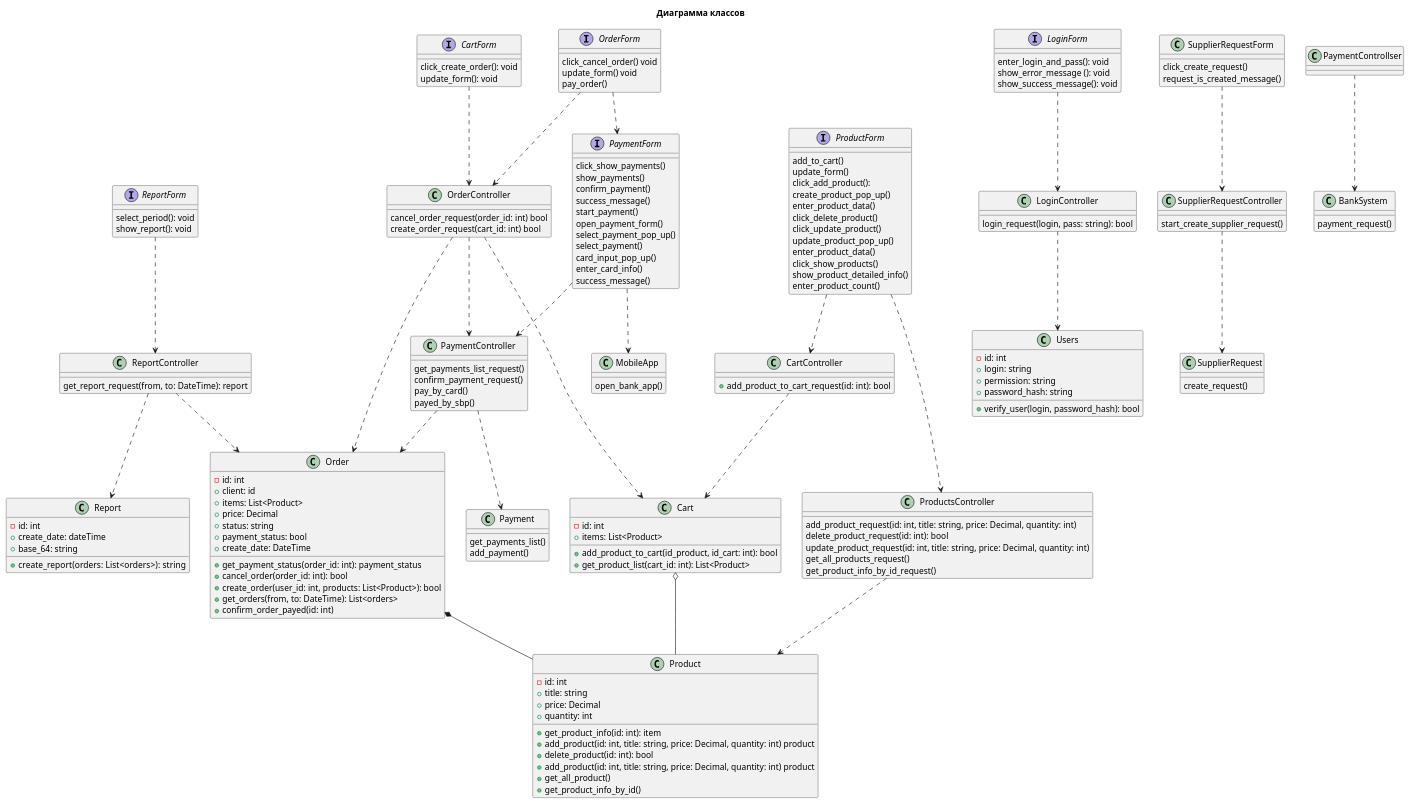
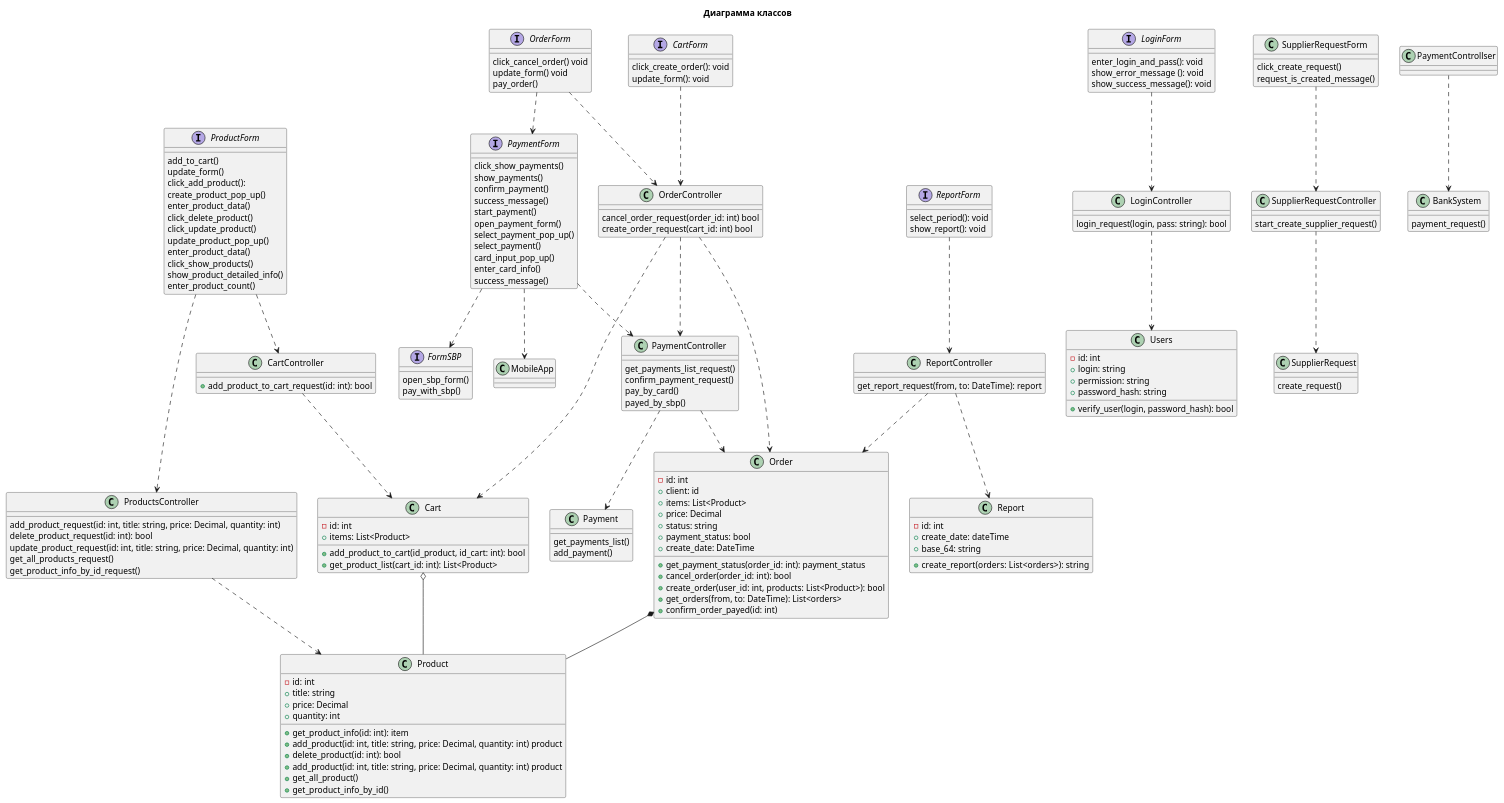
One commit to UraharaKiska/umlk_diagram changed the diagram in laba_1-4/new_calss.puml. Above: the diagram before and after it, drawn with PlantUML. The commit also changed 1 other file, not shown here.

```diff
--- a/laba_1-4/new_calss.puml
+++ b/laba_1-4/new_calss.puml
@@ -1,200 +1,200 @@
 @startuml
 title Диаграмма классов 
 
 
 interface ProductForm{
     add_to_cart()
     update_form()
     click_add_product():
     create_product_pop_up()
     enter_product_data()
     click_delete_product()
     click_update_product()
     update_product_pop_up()
     enter_product_data()
     сlick_show_products()
     show_product_detailed_info()
     enter_product_count()
 }
 
 interface OrderForm {
    click_cancel_order() void
    update_form() void
    pay_order()
 }
 
 interface CartForm {
     click_create_order(): void
     update_form(): void
 }
 
 interface ReportForm {
     select_period(): void
     show_report(): void
 }
 
 interface LoginForm {
     enter_login_and_pass(): void
     show_error_message (): void
     show_success_message(): void
 }
 
 interface PaymentForm {
     click_show_payments()
     show_payments()
     confirm_payment()
     success_message()
     start_payment()
     open_payment_form()
     select_payment_pop_up()
     select_payment()
     card_input_pop_up()
     enter_card_info()
     success_message()
+}
+
+interface FormSBP {
+    open_sbp_form()
+    pay_with_sbp()
 }
 
 class SupplierRequestForm {
     click_create_request()
     request_is_created_message()
 
 }
 
 
 class CartController {
     + add_product_to_cart_request(id: int): bool
 }
 
 class OrderController {
     cancel_order_request(order_id: int) bool
     create_order_request(cart_id: int) bool
 }
 
 class ProductsController {
     add_product_request(id: int, title: string, price: Decimal, quantity: int)
     delete_product_request(id: int): bool
     update_product_request(id: int, title: string, price: Decimal, quantity: int)
     get_all_products_request()
     get_product_info_by_id_request()
 }
 
 class ReportController {
     get_report_request(from, to: DateTime): report
 }
 
 class LoginController {
     login_request(login, pass: string): bool
 }
 
 class PaymentController {
     get_payments_list_request()
     confirm_payment_request()
     pay_by_card()
     payed_by_sbp()
 }
 
 class SupplierRequestController {
     start_create_supplier_request()
 }
 
 class Product {
     - id: int
     + title: string
     + price: Decimal
     + quantity: int
     + get_product_info(id: int): item
     + add_product(id: int, title: string, price: Decimal, quantity: int) product
     + delete_product(id: int): bool
     + add_product(id: int, title: string, price: Decimal, quantity: int) product
     + get_all_product()
     + get_product_info_by_id()
 
 }
 
 class Cart {
     - id: int
     + items: List<Product>
     + add_product_to_cart(id_product, id_cart: int): bool
     + get_product_list(cart_id: int): List<Product>
 }
 
 class Order {
     - id: int
     + client: id
     + items: List<Product>
     + price: Decimal
     + status: string
     + payment_status: bool
     + create_date: DateTime
     + get_payment_status(order_id: int): payment_status
     + cancel_order(order_id: int): bool
     + create_order(user_id: int, products: List<Product>): bool
     + get_orders(from, to: DateTime): List<orders>
     + confirm_order_payed(id: int)
 }
 
 class Report {
     - id: int
     + create_date: dateTime
     + base_64: string
     + create_report(orders:  List<orders>): string
 }
 
 class Users {
     - id: int
     + login: string
     + permission: string
     + password_hash: string
     + verify_user(login, password_hash): bool
 }
 
 class Payment {
     get_payments_list()
     add_payment()
 }
 
 class SupplierRequest {
     create_request()
 }
 
 
 class BankSystem {
     payment_request()
 }
 
-class MobileApp {
-    open_bank_app()
-}
-
-
-
 
 ProductsController ..> Product
 LoginController ..> Users
 
 
 Cart o-- Product
 Order *-- Product
 
 ProductForm..> ProductsController 
 ReportForm ..> ReportController 
 ReportController ..> Order
 ReportController ..> Report
 OrderController ..> PaymentController
 LoginForm ..> LoginController
 ProductForm..> CartController
 CartController ..> Cart
 OrderForm ..> OrderController
 OrderController ..> Order
 CartForm ..> OrderController
 OrderController ..> Cart
 OrderForm ..> PaymentForm
 PaymentForm ..> PaymentController
 PaymentControllser ..> BankSystem
 PaymentController ..> Payment
 PaymentForm ..> MobileApp
 PaymentController ..> Order
 SupplierRequestForm ..> SupplierRequestController 
 SupplierRequestController ..> SupplierRequest
+PaymentForm ..> FormSBP
 
 
 @enduml
```
